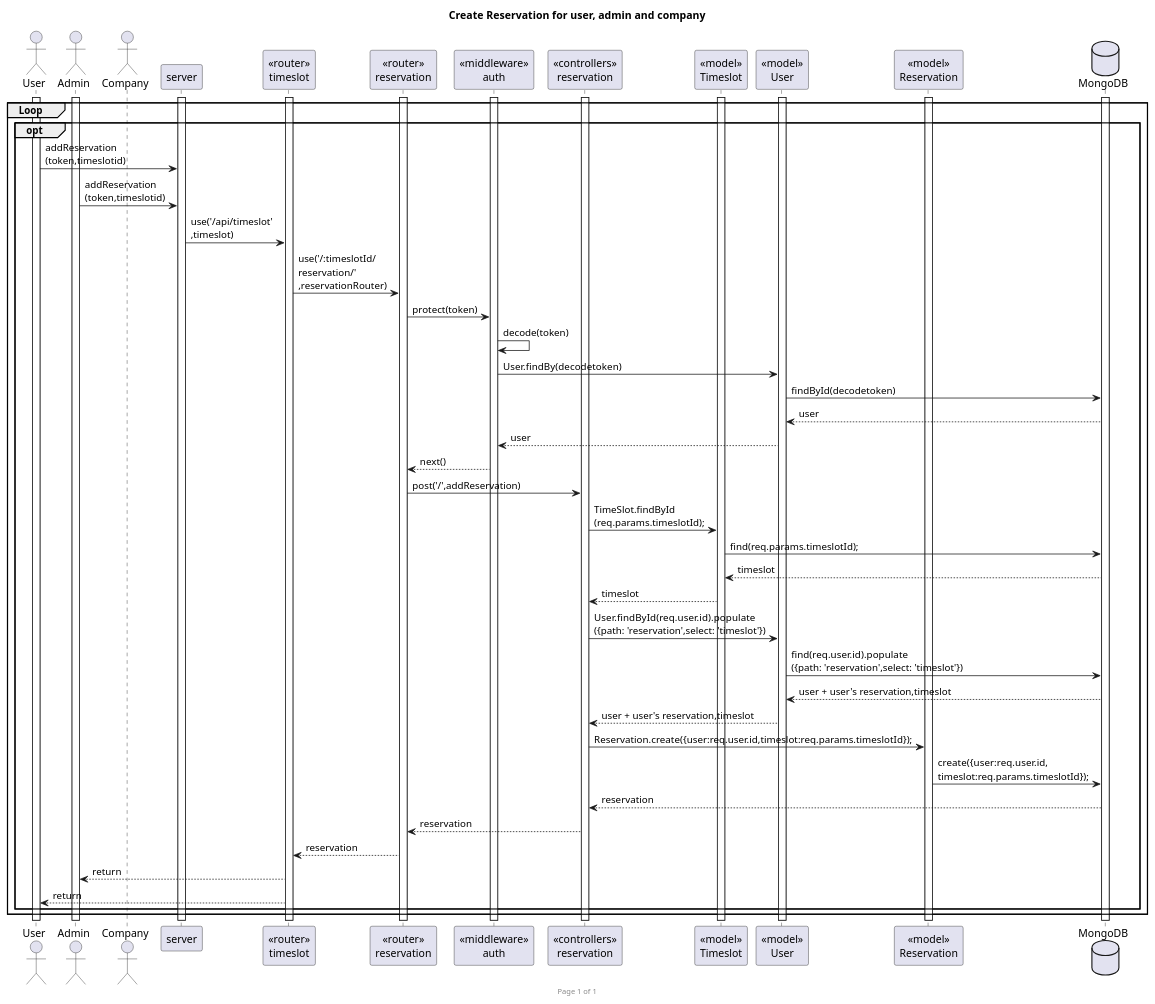
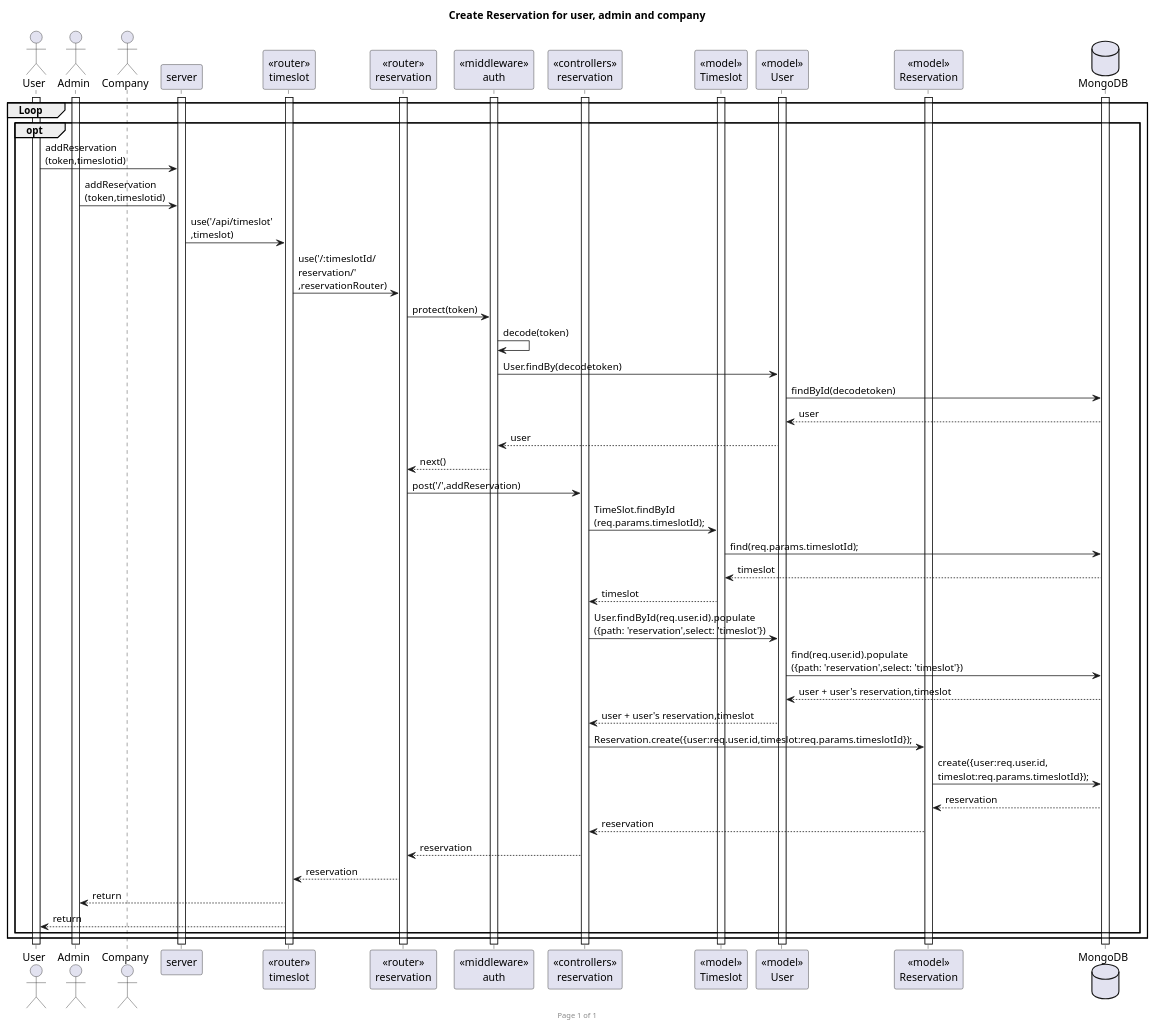
Before and after one commit to NAT-SIRIRUANGBUN/backend: the diagram in sequencediagram/addReservation.puml, drawn with PlantUML.

Commit message:
Fix add reserv sq diagram

```diff
--- a/sequencediagram/addReservation.puml
+++ b/sequencediagram/addReservation.puml
@@ -1,75 +1,76 @@
 @startuml addReservation
 
 
 footer Page %page% of %lastpage%
 title "Create Reservation for user, admin and company"
 
 actor "User" as user
 actor "Admin" as admin
 actor "Company" as company
 participant "server" as server
 participant "<<router>>\ntimeslot" as routerTime
 participant "<<router>>\nreservation" as routerReserv
 participant "<<middleware>>\nauth" as middleAuth
 participant "<<controllers>>\nreservation" as controllersReserv
 participant "<<model>>\nTimeslot" as modelTimeslot
 participant "<<model>>\nUser" as modelUser
 participant "<<model>>\nReservation" as modelReserv
 database "MongoDB" as mongoDB
 
 group Loop
     'get reservations for user
     group opt 
         activate user
         activate server
         activate routerTime
         activate routerReserv
         activate middleAuth
         activate controllersReserv
         activate modelUser
         activate modelReserv
         activate mongoDB
         activate admin
         activate modelTimeslot
         user->server :addReservation\n(token,timeslotid)
         admin -> server :addReservation\n(token,timeslotid)
         server->routerTime :use('/api/timeslot'\n,timeslot)
         routerTime->routerReserv : use('/:timeslotId/\nreservation/'\n,reservationRouter)
         routerReserv -> middleAuth : protect(token)
         middleAuth -> middleAuth : decode(token)
         middleAuth -> modelUser : User.findBy(decodetoken)
         modelUser -> mongoDB : findById(decodetoken)
 
         modelUser <-- mongoDB : user
         middleAuth <-- modelUser : user
         routerReserv <-- middleAuth : next()
 
         routerReserv -> controllersReserv : post('/',addReservation)
         controllersReserv -> modelTimeslot :  TimeSlot.findById\n(req.params.timeslotId);
         modelTimeslot -> mongoDB :  find(req.params.timeslotId);
 
         modelTimeslot <-- mongoDB : timeslot
         controllersReserv <-- modelTimeslot : timeslot
 
         controllersReserv -> modelUser : User.findById(req.user.id).populate\n({path: 'reservation',select: 'timeslot'})
         modelUser -> mongoDB : find(req.user.id).populate\n({path: 'reservation',select: 'timeslot'})
 
         modelUser <-- mongoDB : user + user's reservation,timeslot
         controllersReserv <-- modelUser : user + user's reservation,timeslot
 
         ' controllersReserv -> controllersReserv : loop inside user's reservation\nto check if user have already \nreserved this timeslot, if not continue
         ' controllersReserv -> controllersReserv : if(timeslot.reservation.length < timeslot.capacity)\n(check if timeslot's reservation amount \nhaven't exceed its capacity)
         ' controllersReserv -> controllersReserv : if(ThisUser.reservation.length < 3)\n(check that user doesn't have more than 3 reservation)
         
         controllersReserv -> modelReserv : Reservation.create({user:req.user.id,timeslot:req.params.timeslotId});
         modelReserv -> mongoDB : create({user:req.user.id,\ntimeslot:req.params.timeslotId});
 
-        controllersReserv <-- mongoDB : reservation
+        modelReserv <-- mongoDB : reservation
+        controllersReserv <-- modelReserv : reservation
         routerReserv <-- controllersReserv : reservation
         routerTime <-- routerReserv : reservation
         admin <-- routerTime : return
         user <-- routerTime : return
     end
 end
 
 @enduml
```
